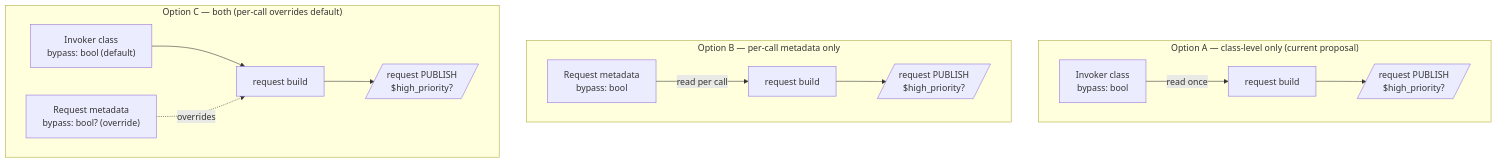
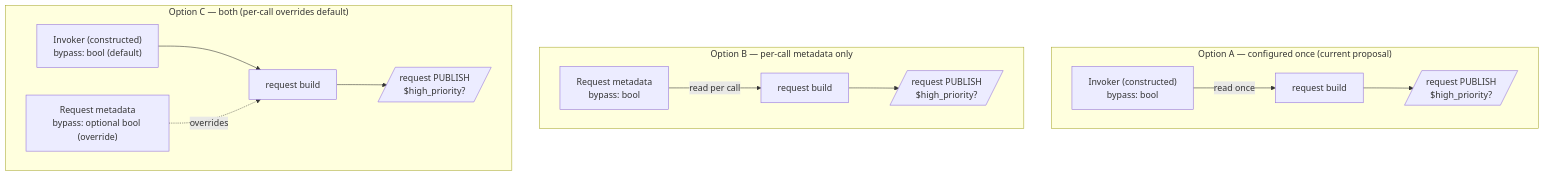
Before and after one commit to Azure/iot-operations-sdks: the second of 3 diagrams in doc/dev/adr/0031-backpressure-bypass.md, drawn with Mermaid. The commit also changed other lines of this file, not shown here.

Commit message:
Refine ADR 31: Update descriptions for SDK bypass options and clarify telemetry consistency

````diff
--- a/doc/dev/adr/0031-backpressure-bypass.md
+++ b/doc/dev/adr/0031-backpressure-bypass.md
@@ -124,20 +129,20 @@
 ```mermaid
 flowchart TB
-    subgraph A["Option A &mdash; class-level only (current proposal)"]
+    subgraph A["Option A &mdash; configured once (current proposal)"]
         direction LR
-        A1["Invoker class<br/>bypass: bool"] -->|read once| A2["request build"] --> A3[/"request PUBLISH<br/>$high_priority?"/]
+        A1["Invoker (constructed)<br/>bypass: bool"] -->|read once| A2["request build"] --> A3[/"request PUBLISH<br/>$high_priority?"/]
     end
     subgraph B["Option B &mdash; per-call metadata only"]
         direction LR
         B1["Request metadata<br/>bypass: bool"] -->|read per call| B2["request build"] --> B3[/"request PUBLISH<br/>$high_priority?"/]
     end
     subgraph C["Option C &mdash; both (per-call overrides default)"]
         direction LR
-        C1["Invoker class<br/>bypass: bool (default)"]
-        C2["Request metadata<br/>bypass: bool? (override)"]
+        C1["Invoker (constructed)<br/>bypass: bool (default)"]
+        C2["Request metadata<br/>bypass: optional bool (override)"]
         C3["request build"]
         C1 --> C3
         C2 -.overrides.-> C3
         C3 --> C4[/"request PUBLISH<br/>$high_priority?"/]
     end
 ```
````
